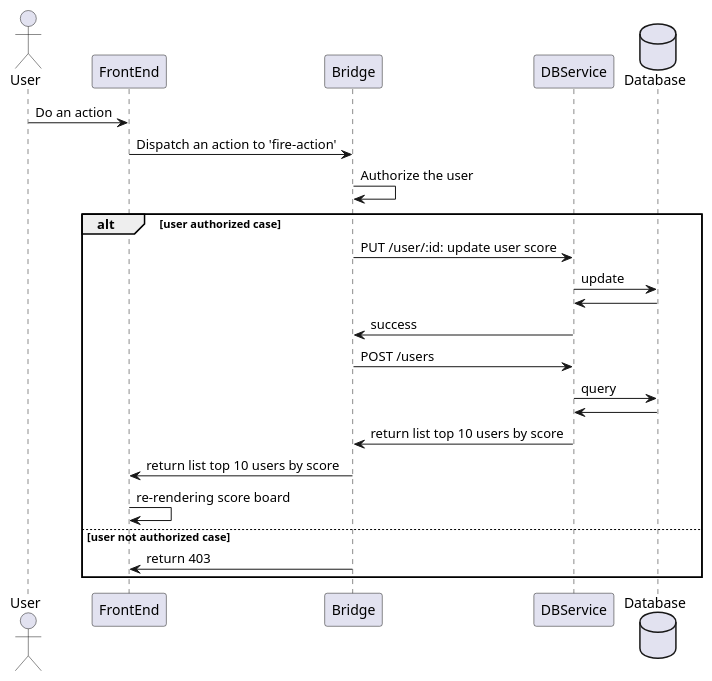
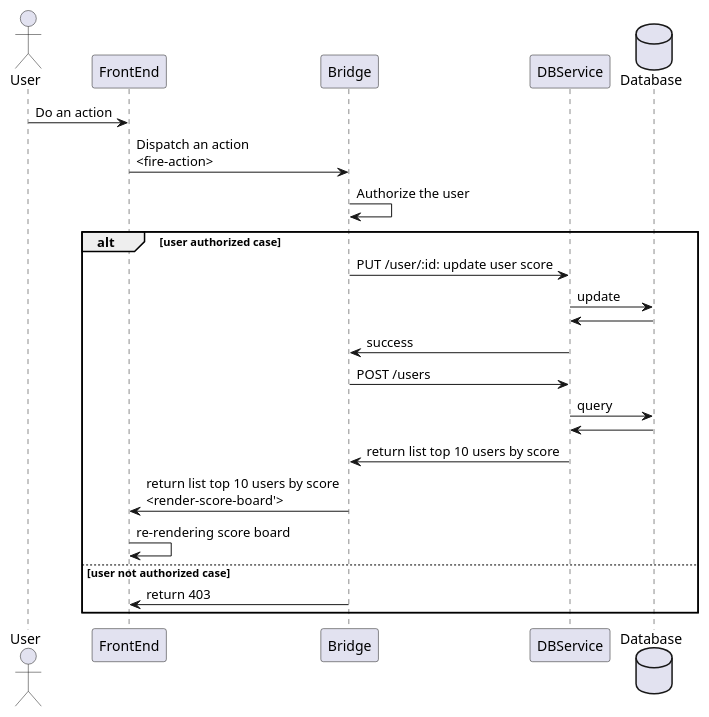
One commit to nipponwfm/99-interview changed the diagram in problem_6/flow.wsd. Above: the diagram before and after it, drawn with PlantUML. The commit also changed 1 other file, not shown here.

```diff
--- a/problem_6/flow.wsd
+++ b/problem_6/flow.wsd
@@ -1,26 +1,26 @@
 @startuml
 actor User
 participant FrontEnd as FE
 participant Bridge as BR
 participant DBService as DBS
 database Database as DB
 
 User->FE: Do an action
-FE->BR: Dispatch an action to 'fire-action'
+FE->BR: Dispatch an action \n<fire-action>
 BR->BR: Authorize the user
 alt user authorized case
   BR->DBS: PUT /user/:id: update user score
   DBS->DB: update
   DBS<-DB:
   BR<-DBS: success
   BR->DBS: POST /users
   DBS->DB: query
   DBS<-DB:
   BR<-DBS: return list top 10 users by score
-  BR->FE: return list top 10 users by score
+  BR->FE: return list top 10 users by score \n<render-score-board'>
   FE->FE: re-rendering score board
 else user not authorized case
   BR->FE: return 403
 end
 
 @enduml
```
